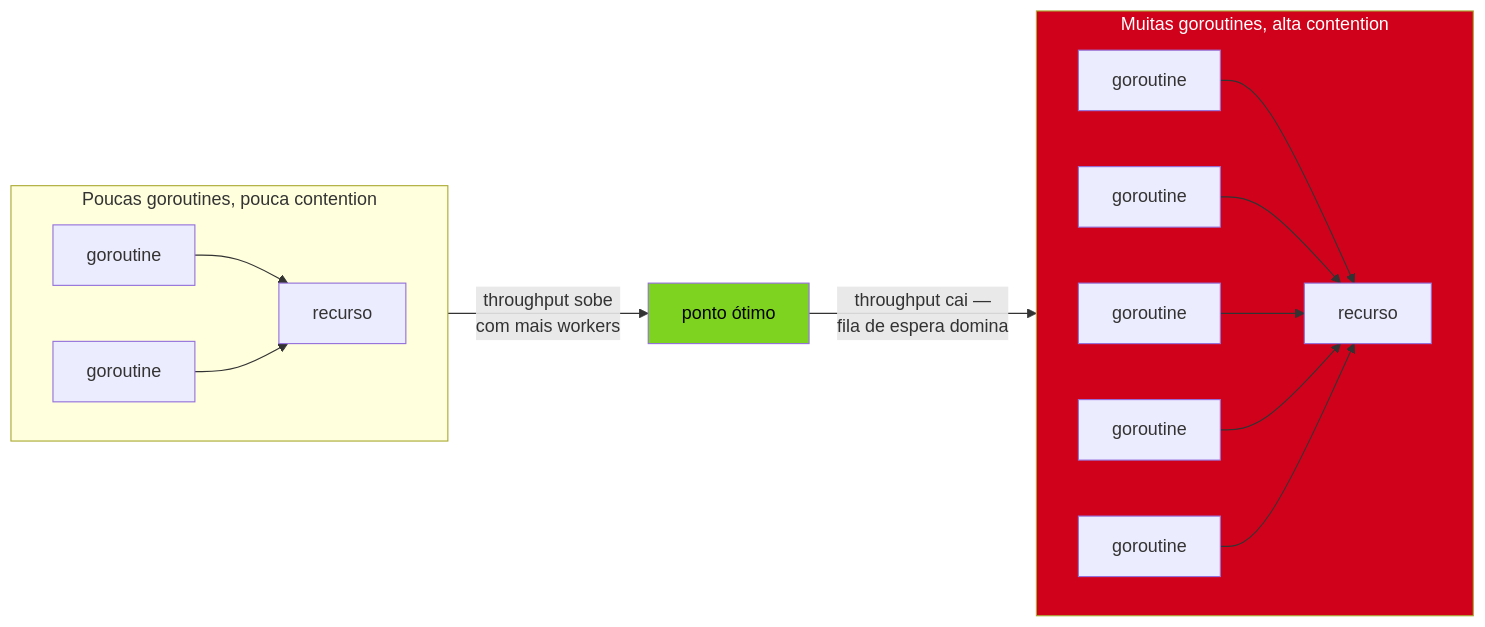
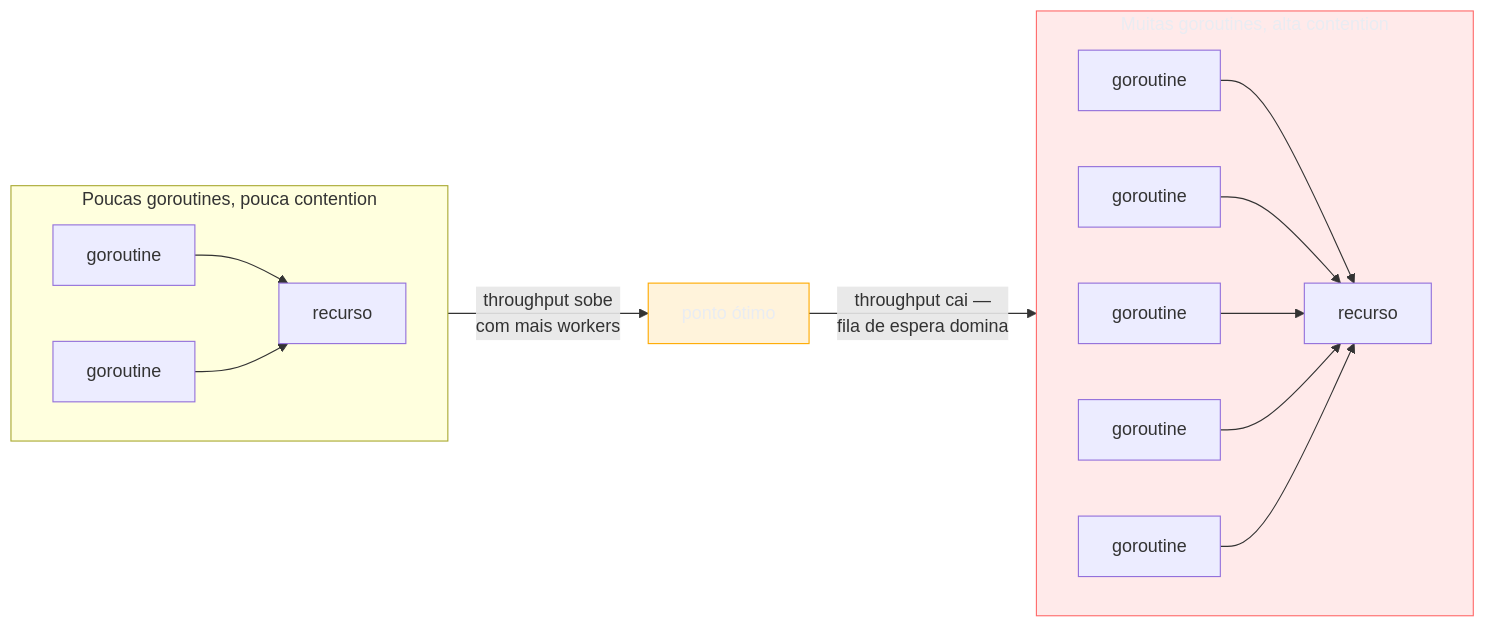
The second of 2 diagrams in 03-Dominios/Tecnologia/Go/07 - Goroutines e o scheduler/08 - Quando (não) usar goroutines.md (josenaldo/codex-technomanticus), drawn with Mermaid before and after one commit. The commit also changed other lines of this file and 1181 other files, not shown here.

First line of the commit message:
fix(diagramas): paleta do sistema no lugar de cor cravada no markdown

````diff
--- a/03-Dominios/Tecnologia/Go/07 - Goroutines e o scheduler/08 - Quando (não) usar goroutines.md
+++ b/03-Dominios/Tecnologia/Go/07 - Goroutines e o scheduler/08 - Quando (não) usar goroutines.md
@@ -195,22 +197,24 @@
 ```mermaid
 flowchart LR
+    classDef destaque fill:#FFAA0024,stroke:#FFAA00,color:#E9ECF2
+    classDef falha fill:#FF6B6B24,stroke:#FF6B6B,color:#E9ECF2
     subgraph Baixo["Poucas goroutines, pouca contention"]
         direction LR
         G1["goroutine"] --> R1["recurso"]
         G2["goroutine"] --> R1
     end
     subgraph Alto["Muitas goroutines, alta contention"]
         direction LR
         H1["goroutine"] --> S1["recurso"]
         H2["goroutine"] --> S1
         H3["goroutine"] --> S1
         H4["goroutine"] --> S1
         H5["goroutine"] --> S1
     end
 
     Baixo -->|"throughput sobe\ncom mais workers"| Ideal["ponto ótimo"]
     Ideal -->|"throughput cai —\nfila de espera domina"| Alto
 
-    style Ideal fill:#7ED321,color:#000
-    style Alto fill:#D0021B,color:#fff
+    class Ideal destaque
+    class Alto falha
 ```
````
